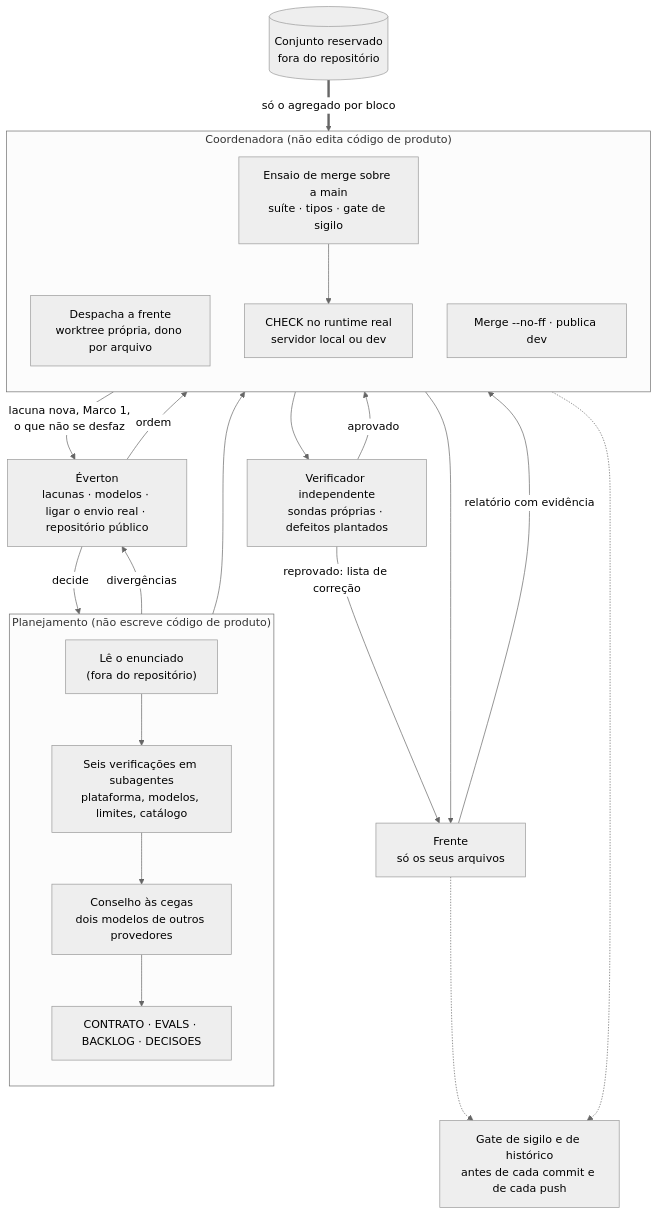
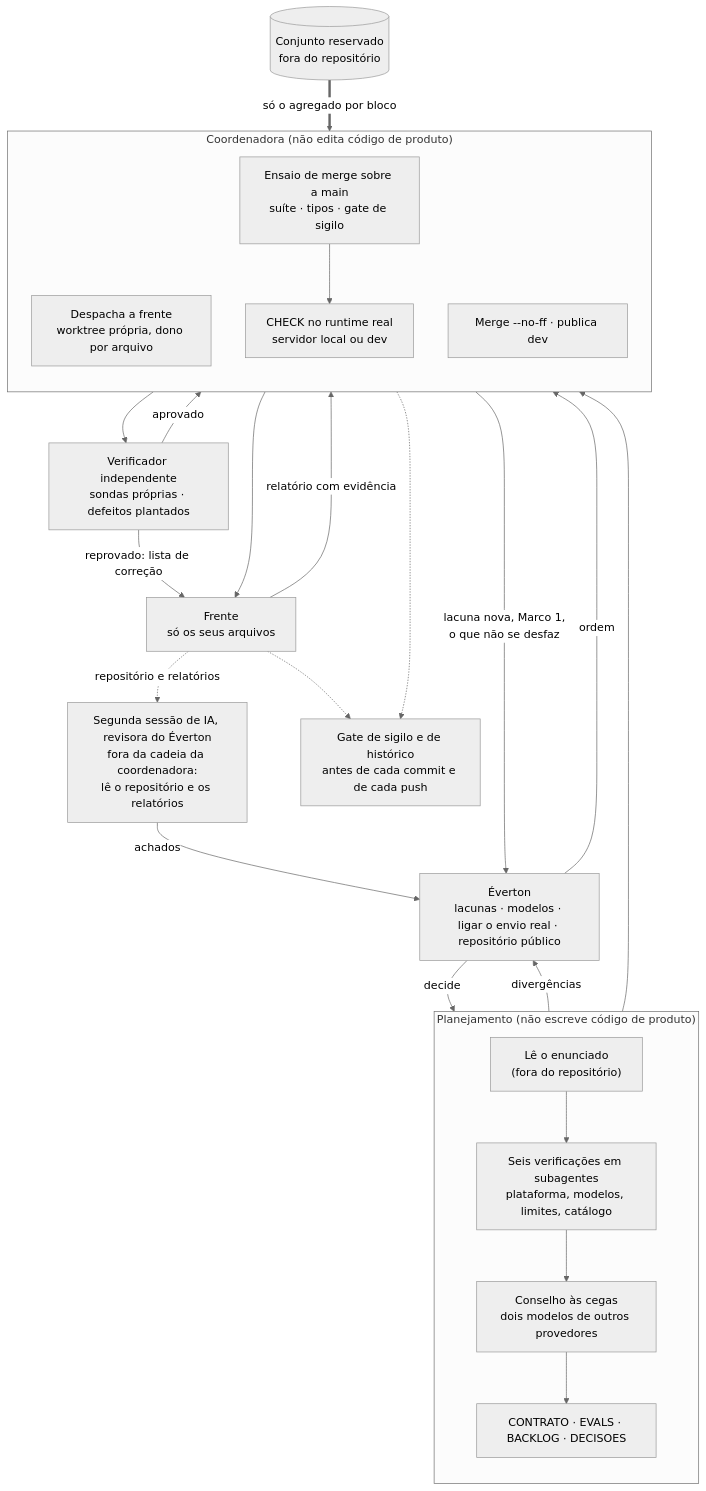
One commit to evertonresende/agente-concierge changed the first of 3 diagrams in docs/desenhos/fabrica.md. Above: the diagram before and after it, drawn with Mermaid (neutral theme). The commit also changed other lines of this file, not shown here.

First line of the commit message:
docs(desenhos): restaura a sessão revisora do Éverton no desenho da fábrica

````diff
--- a/docs/desenhos/fabrica.md
+++ b/docs/desenhos/fabrica.md
@@ -16,43 +18,46 @@
 ```mermaid
 flowchart TB
   accTitle: Papéis da fábrica
   accDescr: Éverton, sessão de planejamento, coordenadora, frentes em worktrees, verificador independente, conjunto reservado e gate de sigilo.
 
   EV["Éverton<br/>lacunas · modelos · ligar o envio real · repositório público"]
+  REV["Segunda sessão de IA, revisora do Éverton<br/>fora da cadeia da coordenadora:<br/>lê o repositório e os relatórios"]
 
   subgraph PLAN["Planejamento (não escreve código de produto)"]
     direction TB
     P1["Lê o enunciado<br/>(fora do repositório)"]
     P2["Seis verificações em subagentes<br/>plataforma, modelos, limites, catálogo"]
     P3["Conselho às cegas<br/>dois modelos de outros provedores"]
     P4["CONTRATO · EVALS · BACKLOG · DECISOES"]
     P1 --> P2 --> P3 --> P4
   end
 
   subgraph COORD["Coordenadora (não edita código de produto)"]
     direction TB
     C1["Despacha a frente<br/>worktree própria, dono por arquivo"]
     C2["Ensaio de merge sobre a main<br/>suíte · tipos · gate de sigilo"]
     C3["CHECK no runtime real<br/>servidor local ou dev"]
     C4["Merge --no-ff · publica dev"]
   end
 
   FR["Frente<br/>só os seus arquivos"]
   VER["Verificador independente<br/>sondas próprias · defeitos plantados"]
   RES[("Conjunto reservado<br/>fora do repositório")]
   GATE["Gate de sigilo e de histórico<br/>antes de cada commit e de cada push"]
 
   EV -->|"decide"| P4
   P3 -->|"divergências"| EV
   P4 --> C1
   C1 --> FR
   FR -->|"relatório com evidência"| C2
   C2 --> C3 --> VER
   VER -->|"reprovado: lista de correção"| FR
   VER -->|"aprovado"| C4
   RES ==>|"só o agregado por bloco"| C3
   FR -.-> GATE
   COORD -.-> GATE
   COORD -->|"lacuna nova, Marco 1,<br/>o que não se desfaz"| EV
   EV -->|"ordem"| COORD
+  REV -->|"achados"| EV
+  FR -. "repositório e relatórios" .-> REV
 ```
````
